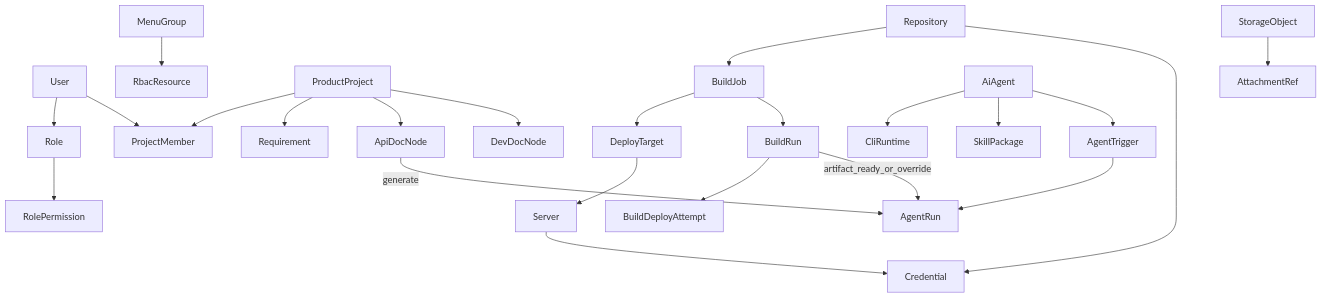
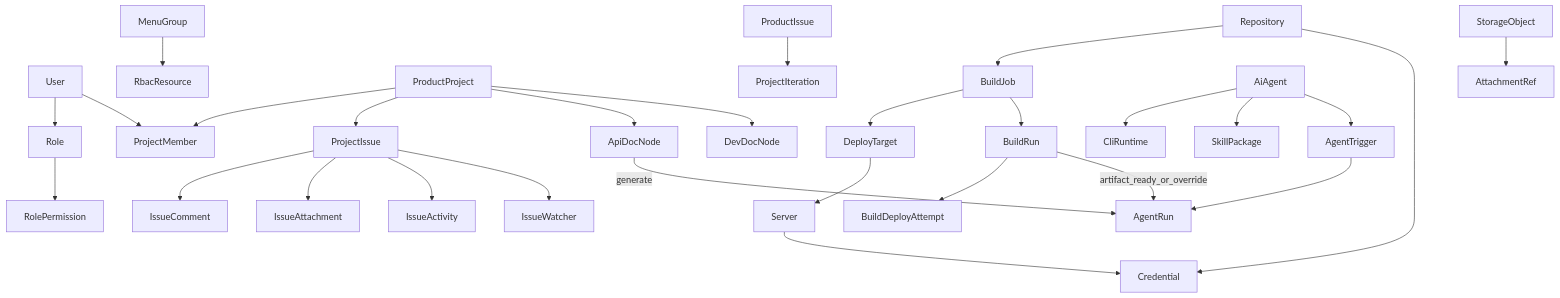
One commit to cabinet-fe/bedrock changed the diagram in .agents/docs/DESIGN.md. Above: the diagram before and after it, drawn with Mermaid. The commit also changed other lines of this file and 32 other files, not shown here.

````diff
--- a/.agents/docs/DESIGN.md
+++ b/.agents/docs/DESIGN.md
@@ -244,25 +248,30 @@
 ```mermaid
 flowchart TB
   User --> Role
   Role --> RolePermission
   MenuGroup --> RbacResource
   User --> ProjectMember
   ProductProject --> ProjectMember
-  ProductProject --> Requirement
+  ProductProject --> ProjectIssue
+  ProductIssue --> ProjectIteration
+  ProjectIssue --> IssueComment
+  ProjectIssue --> IssueAttachment
+  ProjectIssue --> IssueActivity
+  ProjectIssue --> IssueWatcher
   ProductProject --> ApiDocNode
   ProductProject --> DevDocNode
   Repository --> BuildJob
   BuildJob --> DeployTarget
   BuildJob --> BuildRun
   BuildRun --> BuildDeployAttempt
   DeployTarget --> Server
   Repository --> Credential
   Server --> Credential
   AiAgent --> CliRuntime
   AiAgent --> SkillPackage
   AiAgent --> AgentTrigger
   AgentTrigger --> AgentRun
   BuildRun -->|artifact_ready_or_override| AgentRun
   ApiDocNode -->|generate| AgentRun
   StorageObject --> AttachmentRef
 ```
````
